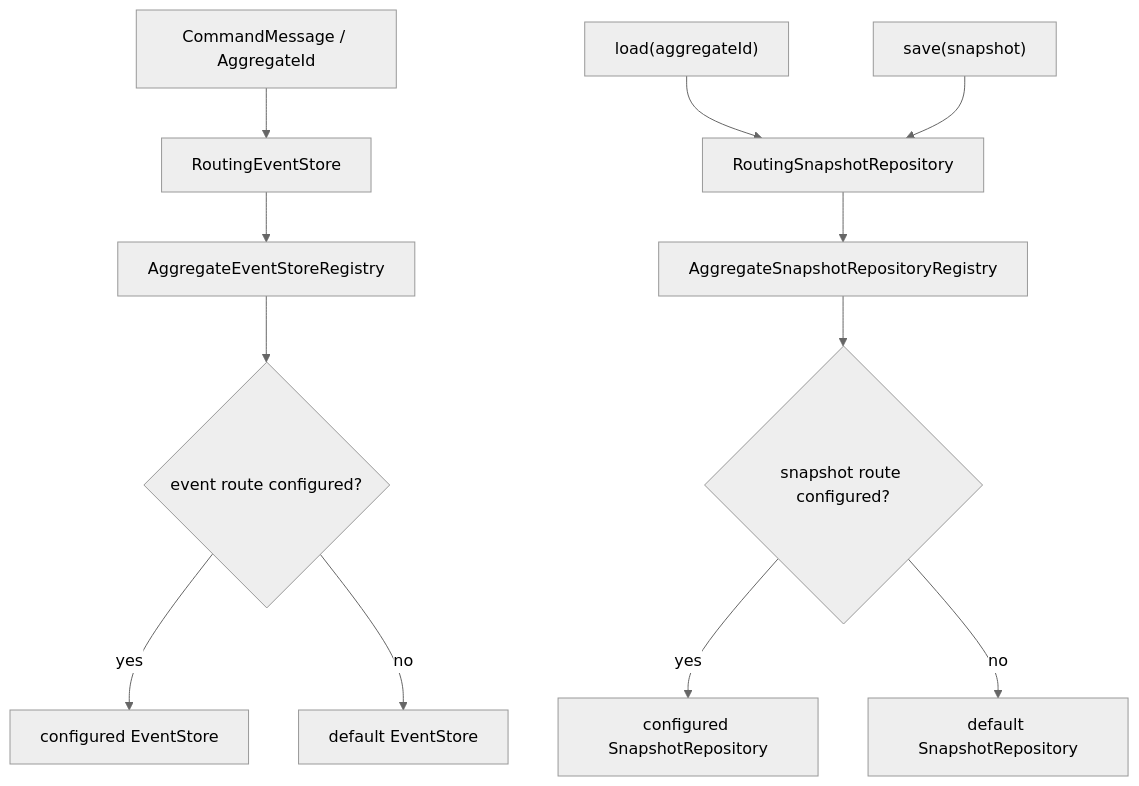
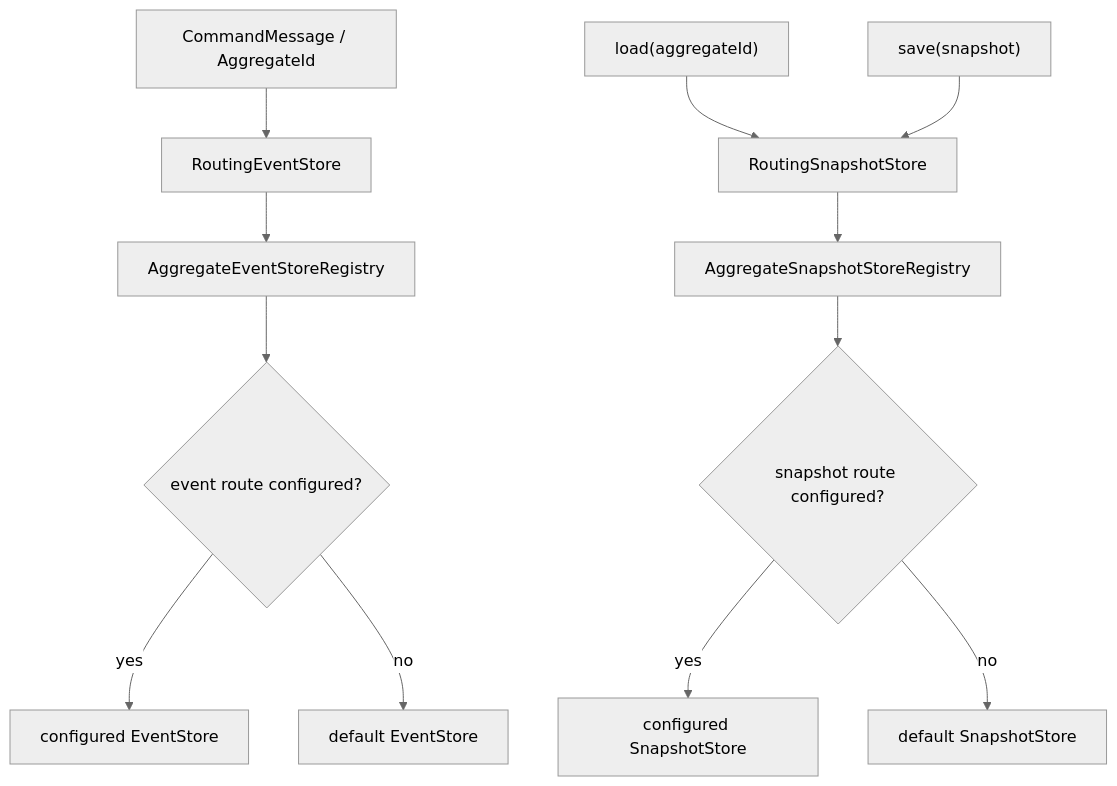
The diagram in docs/superpowers/specs/2026-07-06-aggregate-storage-routing-design.md (Ahoo-Wang/Wow), drawn with Mermaid (neutral theme) before and after one commit. The commit also changed other lines of this file, not shown here.

Commit message:
docs: rename snapshot repository to store in routing design

````diff
--- a/docs/superpowers/specs/2026-07-06-aggregate-storage-routing-design.md
+++ b/docs/superpowers/specs/2026-07-06-aggregate-storage-routing-design.md
@@ -177,18 +180,18 @@
 ```mermaid
 flowchart TD
     Command["CommandMessage / AggregateId"] --> EventRoute["RoutingEventStore"]
-    SnapshotLoad["load(aggregateId)"] --> SnapshotRoute["RoutingSnapshotRepository"]
+    SnapshotLoad["load(aggregateId)"] --> SnapshotRoute["RoutingSnapshotStore"]
     SnapshotSave["save(snapshot)"] --> SnapshotRoute
 
     EventRoute --> EventRegistry["AggregateEventStoreRegistry"]
-    SnapshotRoute --> SnapshotRegistry["AggregateSnapshotRepositoryRegistry"]
+    SnapshotRoute --> SnapshotRegistry["AggregateSnapshotStoreRegistry"]
 
     EventRegistry --> EventConfigured{"event route configured?"}
     SnapshotRegistry --> SnapshotConfigured{"snapshot route configured?"}
 
     EventConfigured -->|"yes"| EventOverride["configured EventStore"]
     EventConfigured -->|"no"| DefaultEvent["default EventStore"]
 
-    SnapshotConfigured -->|"yes"| SnapshotOverride["configured SnapshotRepository"]
-    SnapshotConfigured -->|"no"| DefaultSnapshot["default SnapshotRepository"]
+    SnapshotConfigured -->|"yes"| SnapshotOverride["configured SnapshotStore"]
+    SnapshotConfigured -->|"no"| DefaultSnapshot["default SnapshotStore"]
 ```
````
